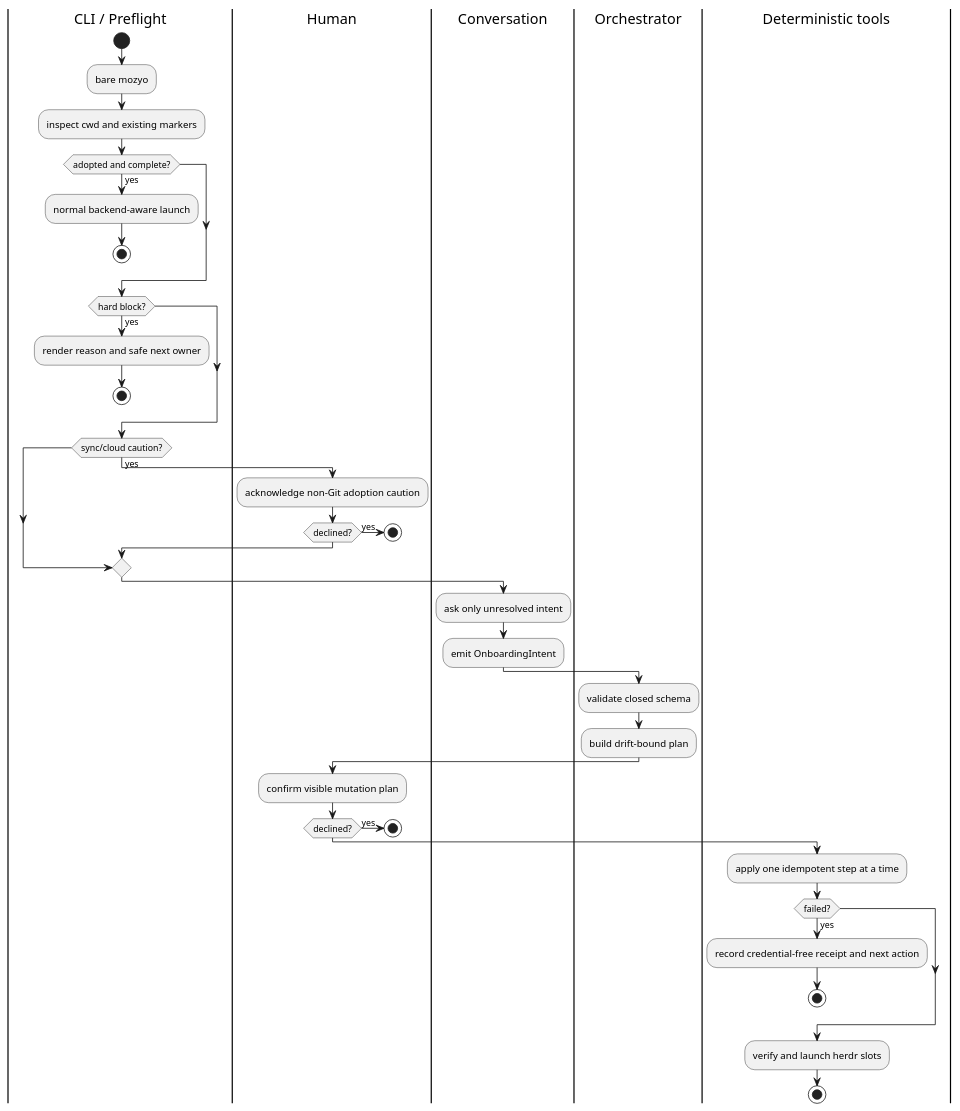
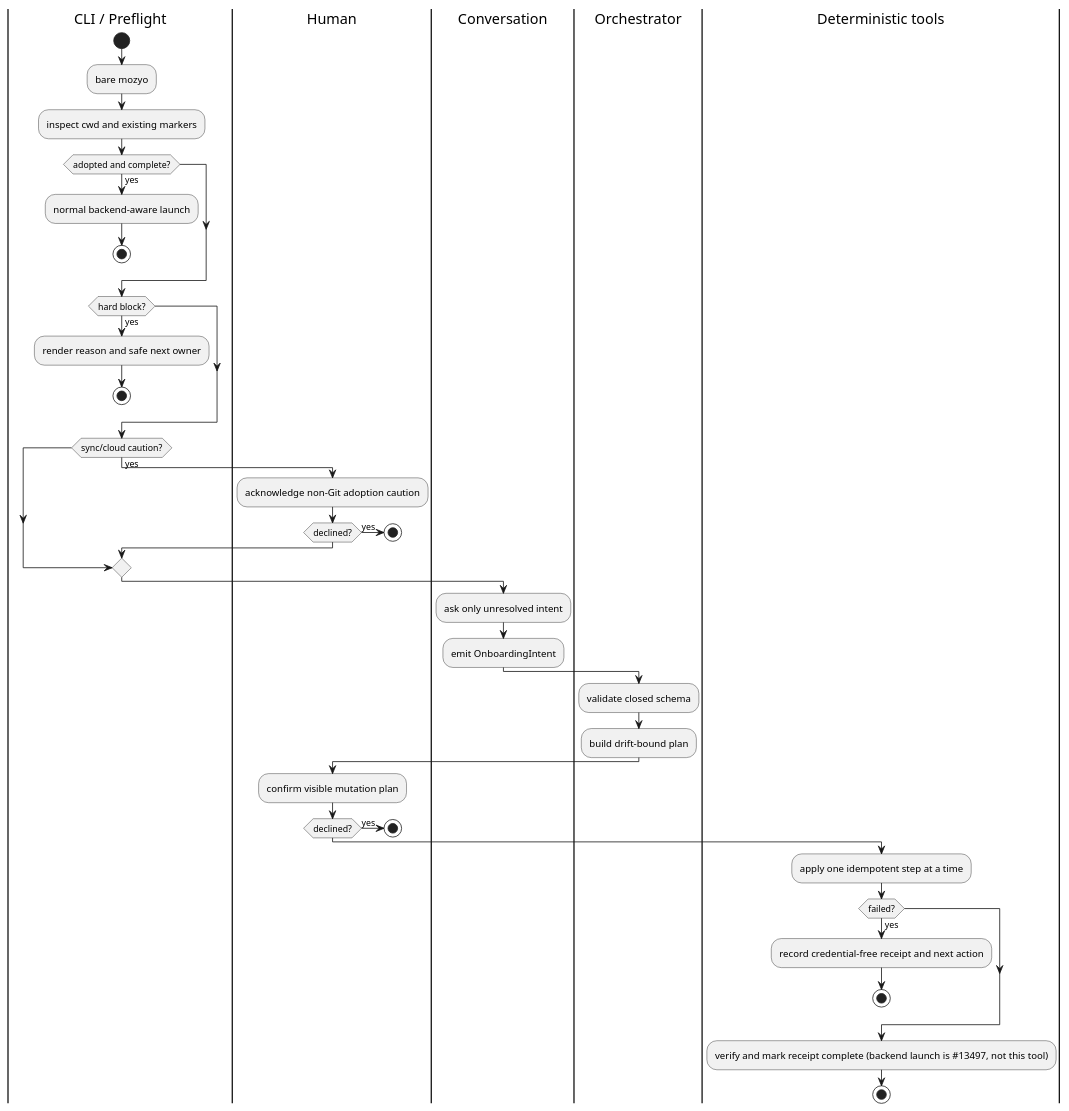
One commit to hollySizzle/mozyo_bridge changed the diagram in vibes/docs/specs/conversational-onboarding-tool-contract.md. Above: the diagram before and after it, drawn with PlantUML. The commit also changed other lines of this file and 11 other files, not shown here.

````diff
--- a/vibes/docs/specs/conversational-onboarding-tool-contract.md
+++ b/vibes/docs/specs/conversational-onboarding-tool-contract.md
@@ -137,42 +153,42 @@
 ```plantuml
 @startuml conversational_onboarding
 |CLI / Preflight|
 start
 :bare mozyo;
 :inspect cwd and existing markers;
 if (adopted and complete?) then (yes)
   :normal backend-aware launch;
   stop
 endif
 if (hard block?) then (yes)
   :render reason and safe next owner;
   stop
 endif
 if (sync/cloud caution?) then (yes)
   |Human|
   :acknowledge non-Git adoption caution;
   if (declined?) then (yes)
     stop
   endif
 endif
 |Conversation|
 :ask only unresolved intent;
 :emit OnboardingIntent;
 |Orchestrator|
 :validate closed schema;
 :build drift-bound plan;
 |Human|
 :confirm visible mutation plan;
 if (declined?) then (yes)
   stop
 endif
 |Deterministic tools|
 :apply one idempotent step at a time;
 if (failed?) then (yes)
   :record credential-free receipt and next action;
   stop
 endif
-:verify and launch herdr slots;
+:verify and mark receipt complete (backend launch is #13497, not this tool);
 stop
 @enduml
 ```
````
